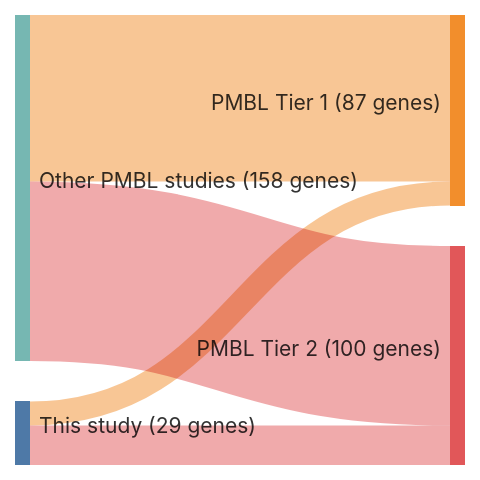
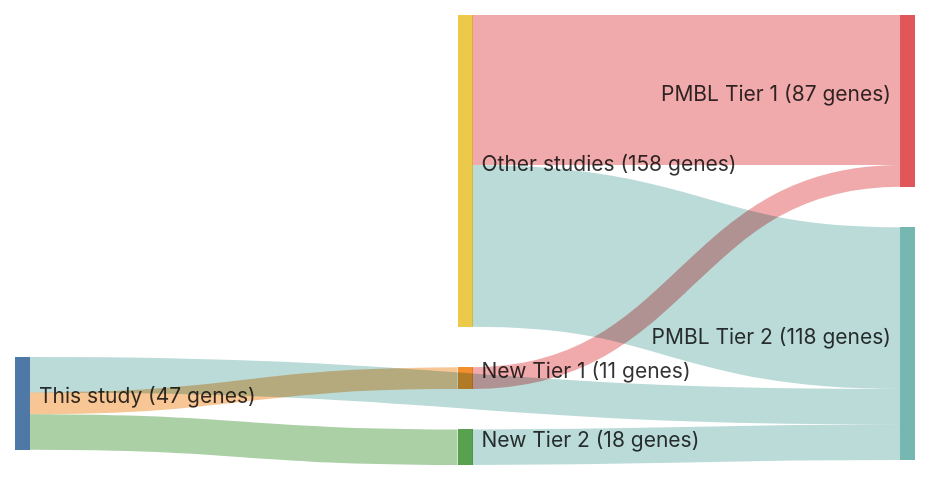
The diagram in papers/reichelFlowSortingExome2015a.md (morinlab/lymphopedia), drawn with Mermaid before and after one commit. The commit also changed 82 other files, not shown here.

````diff
--- a/papers/reichelFlowSortingExome2015a.md
+++ b/papers/reichelFlowSortingExome2015a.md
@@ -12,18 +12,21 @@
 ```mermaid
 ---
 config:
     sankey:
         showValues: true
         linkColor: target
-        width: 300
+        width: 600
         height: 300
         nodeAlignment: right
         prefix: '('
         suffix: ' genes)'
 ---
 sankey-beta
-This study, PMBL Tier 1, 11
+This study, New Tier 1, 11
+New Tier 1, PMBL Tier 1, 11
 This study, PMBL Tier 2, 18
-Other PMBL studies, PMBL Tier 1, 76
-Other PMBL studies, PMBL Tier 2, 82
+This study, New Tier 2, 18
+New Tier 2, PMBL Tier 2, 18
+Other studies, PMBL Tier 1, 76
+Other studies, PMBL Tier 2, 82
 ```
````
